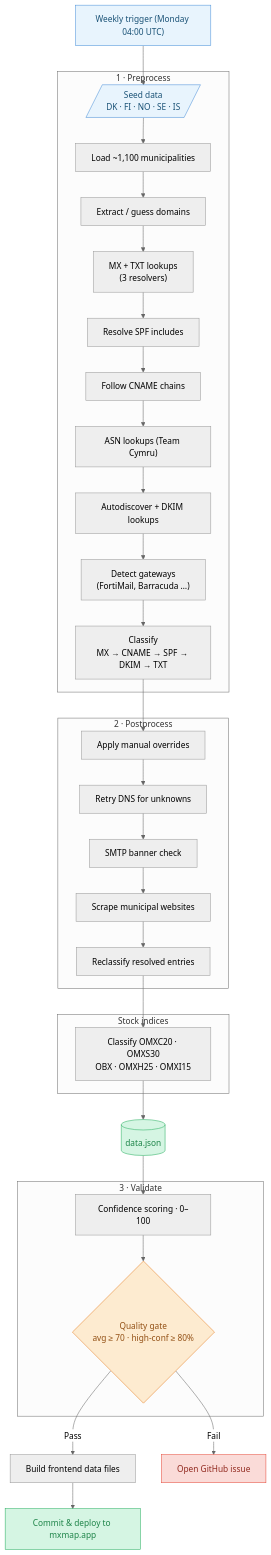
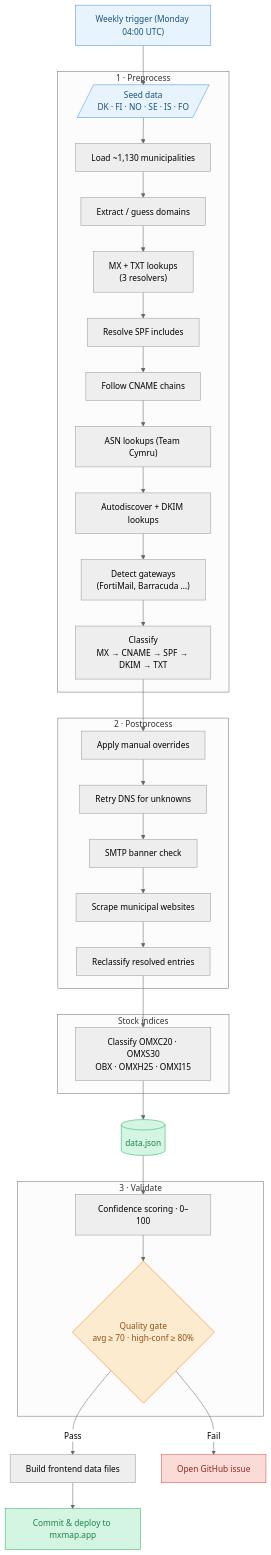
Before and after one commit to KimTholstorf/mxmap-dk: the diagram in README.md, drawn with Mermaid (neutral theme). The commit also changed other lines of this file and 8 other files, not shown here.

Commit message:
feat: add Faroe Islands (FO) — seed data, boundaries, pipeline and frontend

````diff
--- a/README.md
+++ b/README.md
@@ -27,49 +27,49 @@
 ```mermaid
 flowchart TD
     trigger["Weekly trigger (Monday 04:00 UTC)"] --> seed
 
     subgraph pre ["1 · Preprocess"]
-        seed[/"Seed data\nDK · FI · NO · SE · IS"/] --> fetch["Load ~1,100 municipalities"]
+        seed[/"Seed data\nDK · FI · NO · SE · IS · FO"/] --> fetch["Load ~1,130 municipalities"]
         fetch --> domains["Extract / guess domains"]
         domains --> dns["MX + TXT lookups\n(3 resolvers)"]
         dns --> spf_resolve["Resolve SPF includes"]
         spf_resolve --> cname["Follow CNAME chains"]
         cname --> asn["ASN lookups (Team Cymru)"]
         asn --> autodiscover["Autodiscover + DKIM lookups"]
         autodiscover --> gateway["Detect gateways\n(FortiMail, Barracuda …)"]
         gateway --> classify["Classify\nMX → CNAME → SPF → DKIM → TXT"]
     end
 
     classify --> overrides
 
     subgraph post ["2 · Postprocess"]
         overrides["Apply manual overrides"] --> retry["Retry DNS for unknowns"]
         retry --> smtp["SMTP banner check"]
         smtp --> scrape["Scrape municipal websites"]
         scrape --> reclassify["Reclassify resolved entries"]
     end
 
     reclassify --> companies
 
     subgraph idx ["Stock indices"]
         companies["Classify OMXC20 · OMXS30\nOBX · OMXH25 · OMXI15"]
     end
 
     companies --> data[("data.json")]
     data --> score
 
     subgraph val ["3 · Validate"]
         score["Confidence scoring · 0–100"] --> gate{"Quality gate\navg ≥ 70 · high-conf ≥ 80%"}
     end
 
     gate -- "Pass" --> build["Build frontend data files"]
     build --> deploy["Commit & deploy to mxmap.app"]
     gate -- "Fail" --> issue["Open GitHub issue"]
 
     style trigger fill:#e8f4fd,stroke:#4a90d9,color:#1a5276
     style seed fill:#e8f4fd,stroke:#4a90d9,color:#1a5276
     style data fill:#d5f5e3,stroke:#27ae60,color:#1e8449
     style deploy fill:#d5f5e3,stroke:#27ae60,color:#1e8449
     style issue fill:#fadbd8,stroke:#e74c3c,color:#922b21
     style gate fill:#fdebd0,stroke:#e67e22,color:#935116
 ```
````
